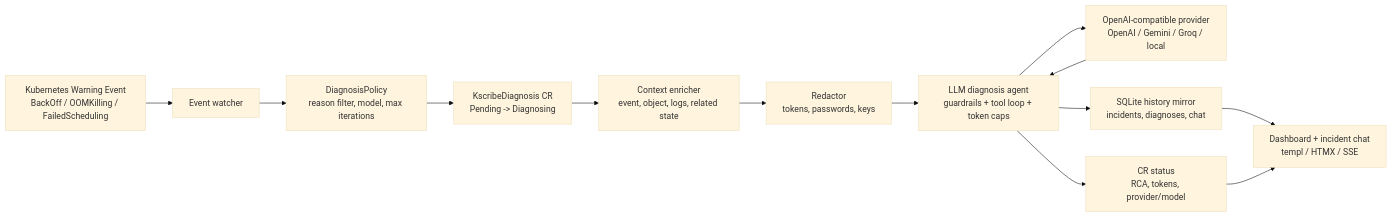
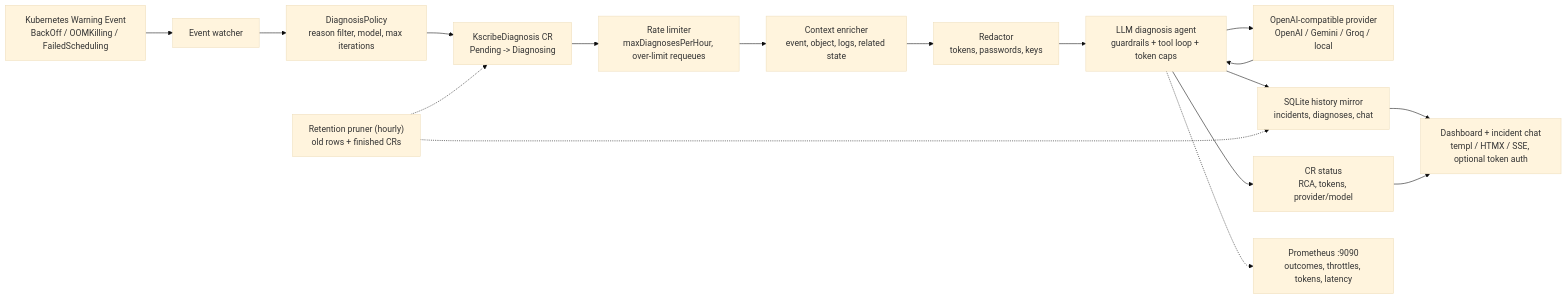
Before and after one commit to amjadjibon/kscribe: the diagram in README.md, drawn with Mermaid (base theme). The commit also changed other lines of this file and 1 other file, not shown here.

Commit message:
docs: update readme for production features

````diff
--- a/README.md
+++ b/README.md
@@ -9,15 +9,19 @@
 ```mermaid
 flowchart LR
     event["Kubernetes Warning Event<br/>BackOff / OOMKilling / FailedScheduling"] --> watcher["Event watcher"]
     watcher --> policy["DiagnosisPolicy<br/>reason filter, model, max iterations"]
     policy --> cr["KscribeDiagnosis CR<br/>Pending -> Diagnosing"]
-    cr --> enricher["Context enricher<br/>event, object, logs, related state"]
+    cr --> limiter["Rate limiter<br/>maxDiagnosesPerHour, over-limit requeues"]
+    limiter --> enricher["Context enricher<br/>event, object, logs, related state"]
     enricher --> redactor["Redactor<br/>tokens, passwords, keys"]
     redactor --> agent["LLM diagnosis agent<br/>guardrails + tool loop + token caps"]
     agent --> provider["OpenAI-compatible provider<br/>OpenAI / Gemini / Groq / local"]
     provider --> agent
     agent --> status["CR status<br/>RCA, tokens, provider/model"]
     agent --> sqlite["SQLite history mirror<br/>incidents, diagnoses, chat"]
-    sqlite --> dashboard["Dashboard + incident chat<br/>templ / HTMX / SSE"]
+    sqlite --> dashboard["Dashboard + incident chat<br/>templ / HTMX / SSE, optional token auth"]
     status --> dashboard
+    agent -.-> metrics["Prometheus :9090<br/>outcomes, throttles, tokens, latency"]
+    pruner["Retention pruner (hourly)<br/>old rows + finished CRs"] -.-> sqlite
+    pruner -.-> cr
 ```
````
